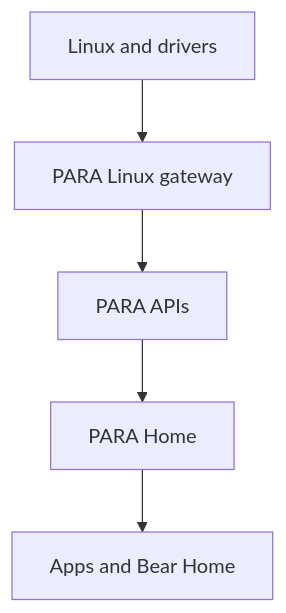
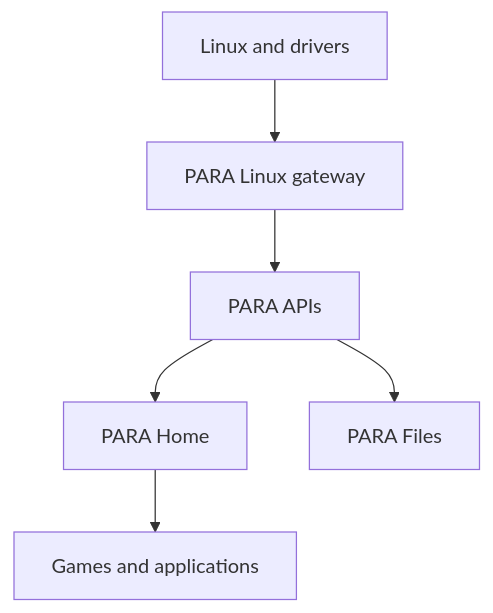
One commit to Slimey2017/para changed the diagram in PROJECT_GUIDE.md. Above: the diagram before and after it, drawn with Mermaid. The commit also changed other lines of this file and 33 other files, not shown here.

````diff
--- a/PROJECT_GUIDE.md
+++ b/PROJECT_GUIDE.md
@@ -73,7 +76,8 @@
 ```mermaid
 flowchart TD
     Linux["Linux and drivers"] --> Gateway["PARA Linux gateway"]
     Gateway --> API["PARA APIs"]
     API --> Home["PARA Home"]
-    Home --> Apps["Apps and Bear Home"]
+    Home --> Apps["Games and applications"]
+    API --> Files["PARA Files"]
 ```
````
